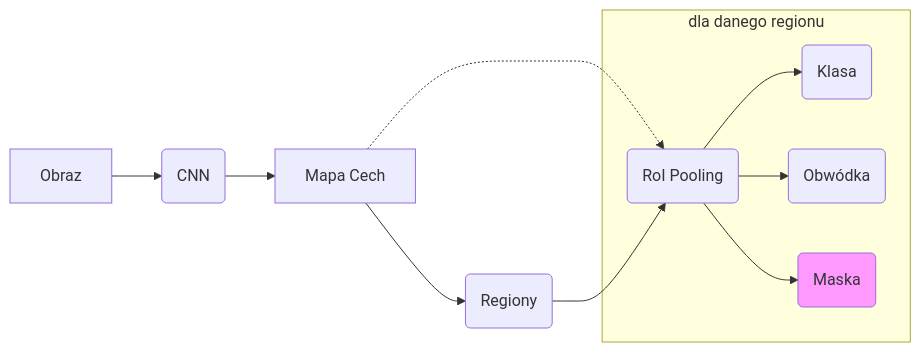
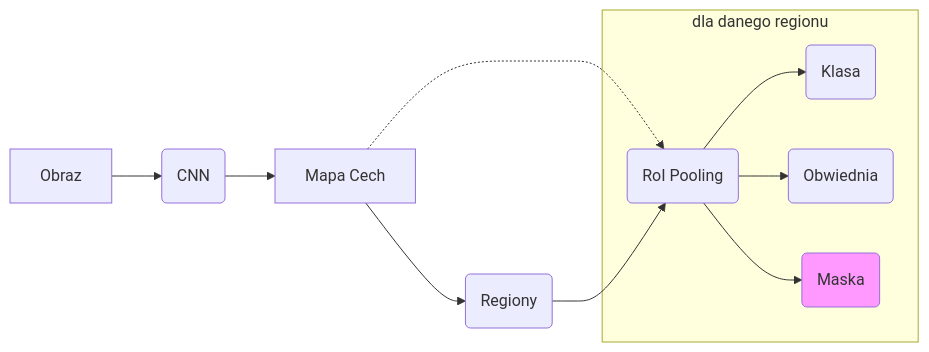
One commit to rzadp/badminton-monorepo changed the diagram in thesis/chapters/podejscie/mask_r-cnn/mask_r-cnn.mmd. Above: the diagram before and after it, drawn with Mermaid. The commit also changed 5 other files, not shown here.

```diff
--- a/thesis/chapters/podejscie/mask_r-cnn/mask_r-cnn.mmd
+++ b/thesis/chapters/podejscie/mask_r-cnn/mask_r-cnn.mmd
@@ -1,32 +1,32 @@
 graph LR
 
 %% ...::: NODES :::...
 
 input[Obraz]
 cnn(CNN)
 feature_map[Mapa Cech]
 rpn(Regiony)
 roi(RoI Pooling)
 
 clas(Klasa)
-bounding_box(Obwódka)
+bounding_box(Obwiednia)
 mask(Maska)
 
 %% ...::: STYLING :::...
 
 %% style input fill:#bddaff,stroke:#4294ff
 style mask fill:#f9f
 
 %% ...::: FLOWS :::...
 
 input-->cnn
 cnn-->feature_map
 feature_map-->rpn
 
 feature_map-.->roi
 rpn-->roi
 subgraph dla danego regionu
   roi-->clas
   roi-->bounding_box
   roi-->mask
 end
```
